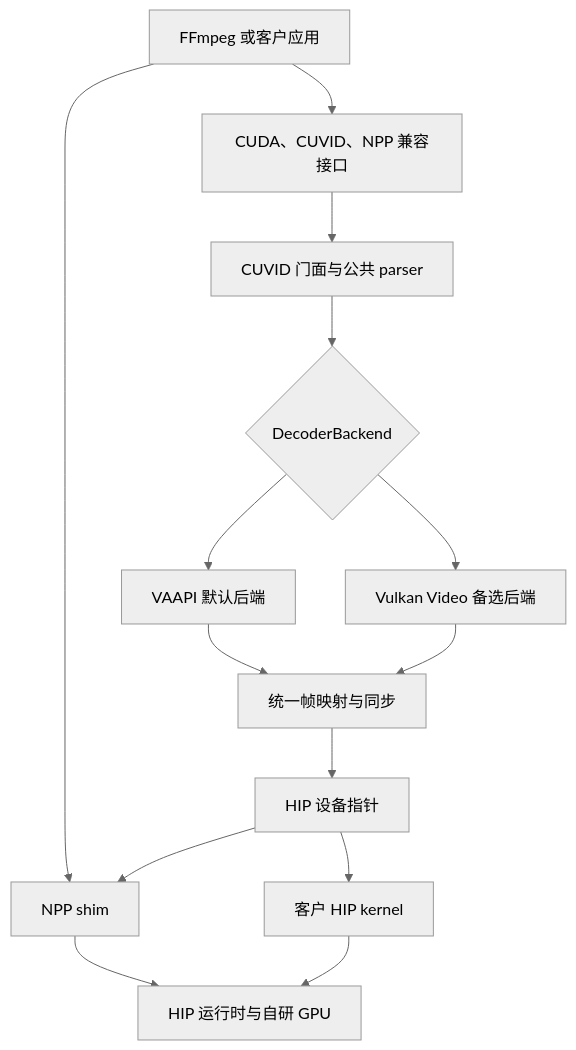
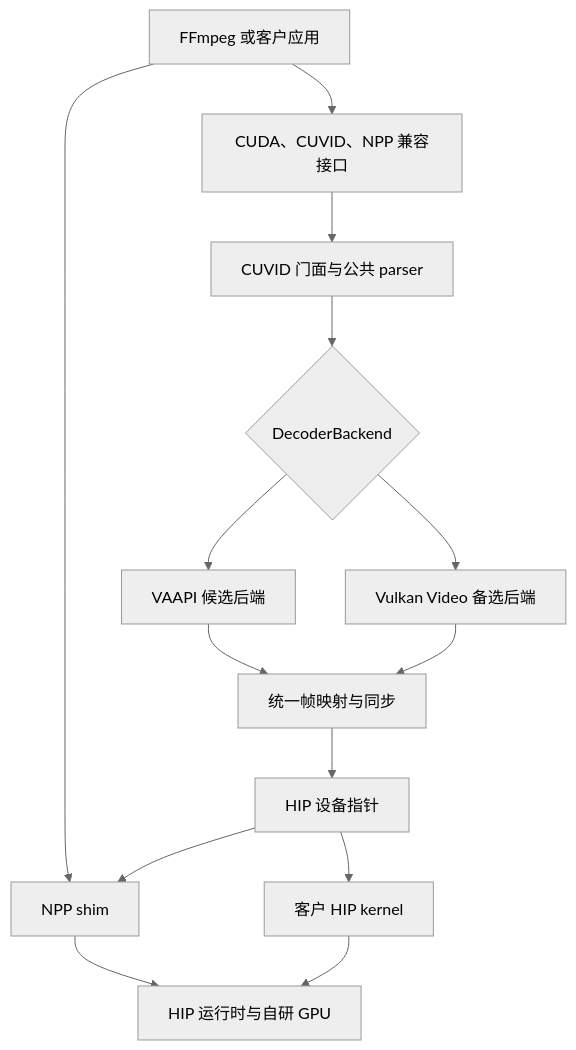
Before and after one commit to zhouxinCHN/cuda-video-compat: the second of 7 diagrams in docs/architecture/CUDA兼容层总体方案.md, drawn with Mermaid (neutral theme). The commit also changed other lines of this file and 122 other files, not shown here.

````diff
--- a/docs/architecture/CUDA兼容层总体方案.md
+++ b/docs/architecture/CUDA兼容层总体方案.md
@@ -126,16 +128,16 @@
 ```mermaid
 flowchart TB
     A["FFmpeg 或客户应用"] --> B["CUDA、CUVID、NPP 兼容接口"]
     B --> C["CUVID 门面与公共 parser"]
     C --> D{"DecoderBackend"}
-    D --> E["VAAPI 默认后端"]
+    D --> E["VAAPI 候选后端"]
     D --> F["Vulkan Video 备选后端"]
     E --> G["统一帧映射与同步"]
     F --> G
     G --> H["HIP 设备指针"]
     A --> I["NPP shim"]
     H --> I
     H --> J["客户 HIP kernel"]
     I --> K["HIP 运行时与自研 GPU"]
     J --> K
 ```
````
